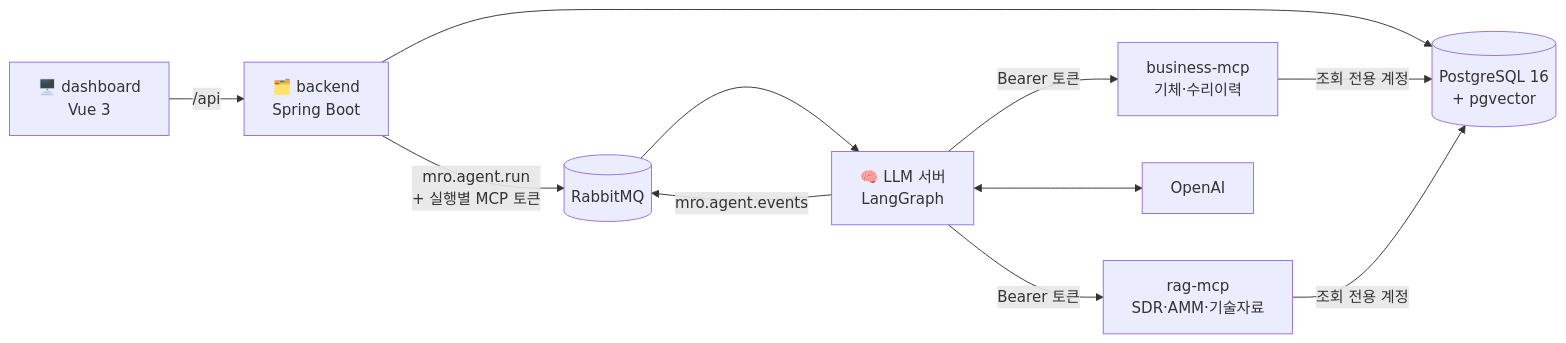
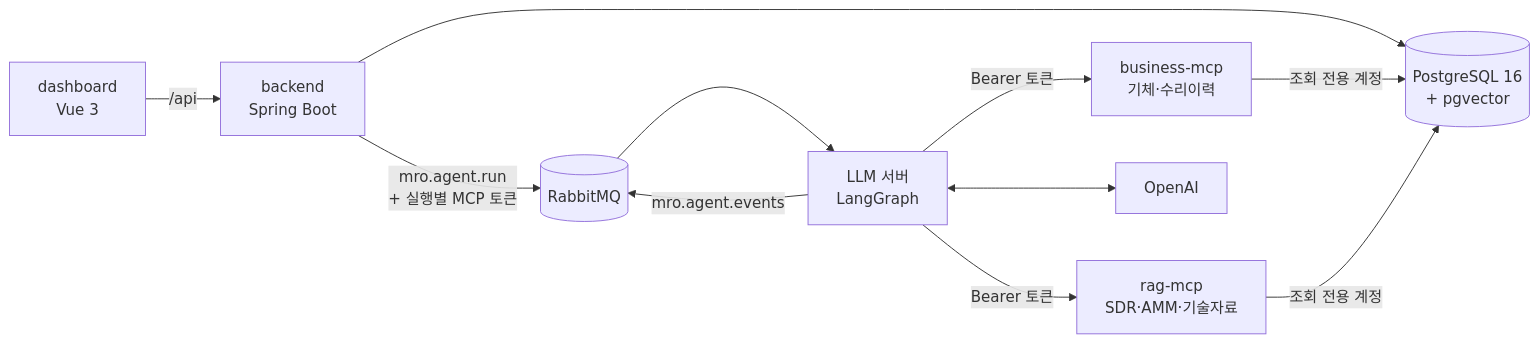
One commit to mro-agent-proj/.github changed the second of 4 diagrams in profile/README.md. Above: the diagram before and after it, drawn with Mermaid. The commit also changed other lines of this file, not shown here.

````diff
--- a/profile/README.md
+++ b/profile/README.md
@@ -150,13 +150,13 @@
 ```mermaid
 flowchart LR
-    FE["🖥️ dashboard<br/>Vue 3"] -- "/api" --> BE["🗂️ backend<br/>Spring Boot"]
+    FE["dashboard<br/>Vue 3"] -- "/api" --> BE["backend<br/>Spring Boot"]
     BE -- "mro.agent.run<br/>+ 실행별 MCP 토큰" --> MQ[("RabbitMQ")]
-    MQ --> AI["🧠 LLM 서버<br/>LangGraph"]
+    MQ --> AI["LLM 서버<br/>LangGraph"]
     AI -- "mro.agent.events" --> MQ
     AI -- "Bearer 토큰" --> BM["business-mcp<br/>기체·수리이력"]
     AI -- "Bearer 토큰" --> RM["rag-mcp<br/>SDR·AMM·기술자료"]
     BE --> DB[("PostgreSQL 16<br/>+ pgvector")]
     BM -- "조회 전용 계정" --> DB
     RM -- "조회 전용 계정" --> DB
     AI <--> OAI["OpenAI"]
 ```
````
